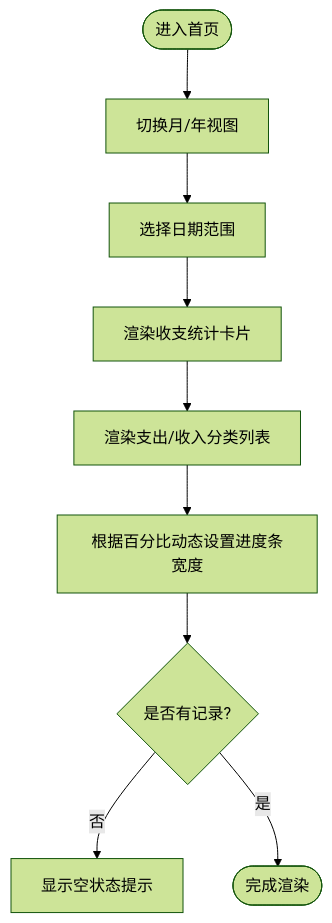
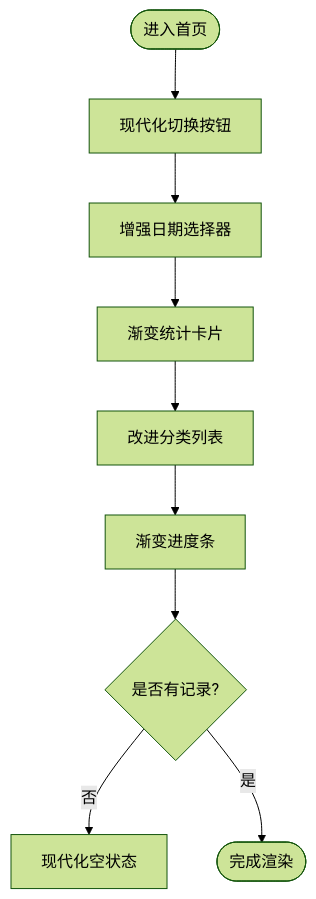
One commit to shisfish/miaobill changed the fourth of 6 diagrams in .qoder/repowiki/zh/content/样式与界面设计.md. Above: the diagram before and after it, drawn with Mermaid (forest theme). The commit also changed other lines of this file and 18 other files, not shown here.

````diff
--- a/.qoder/repowiki/zh/content/样式与界面设计.md
+++ b/.qoder/repowiki/zh/content/样式与界面设计.md
@@ -157,11 +177,11 @@
 ```mermaid
 flowchart TD
-Start(["进入首页"]) --> Toggle["切换月/年视图"]
-Toggle --> DateSelect["选择日期范围"]
-DateSelect --> StatCard["渲染收支统计卡片"]
-StatCard --> CategoryList["渲染支出/收入分类列表"]
-CategoryList --> BarWidth["根据百分比动态设置进度条宽度"]
-BarWidth --> EmptyCheck{"是否有记录?"}
-EmptyCheck --> |否| EmptyState["显示空状态提示"]
+Start(["进入首页"]) --> Toggle["现代化切换按钮"]
+Toggle --> DateSelect["增强日期选择器"]
+DateSelect --> StatCard["渐变统计卡片"]
+StatCard --> CategoryList["改进分类列表"]
+CategoryList --> Progress["渐变进度条"]
+Progress --> EmptyCheck{"是否有记录?"}
+EmptyCheck --> |否| EmptyState["现代化空状态"]
 EmptyCheck --> |是| End(["完成渲染"])
 ```
````
